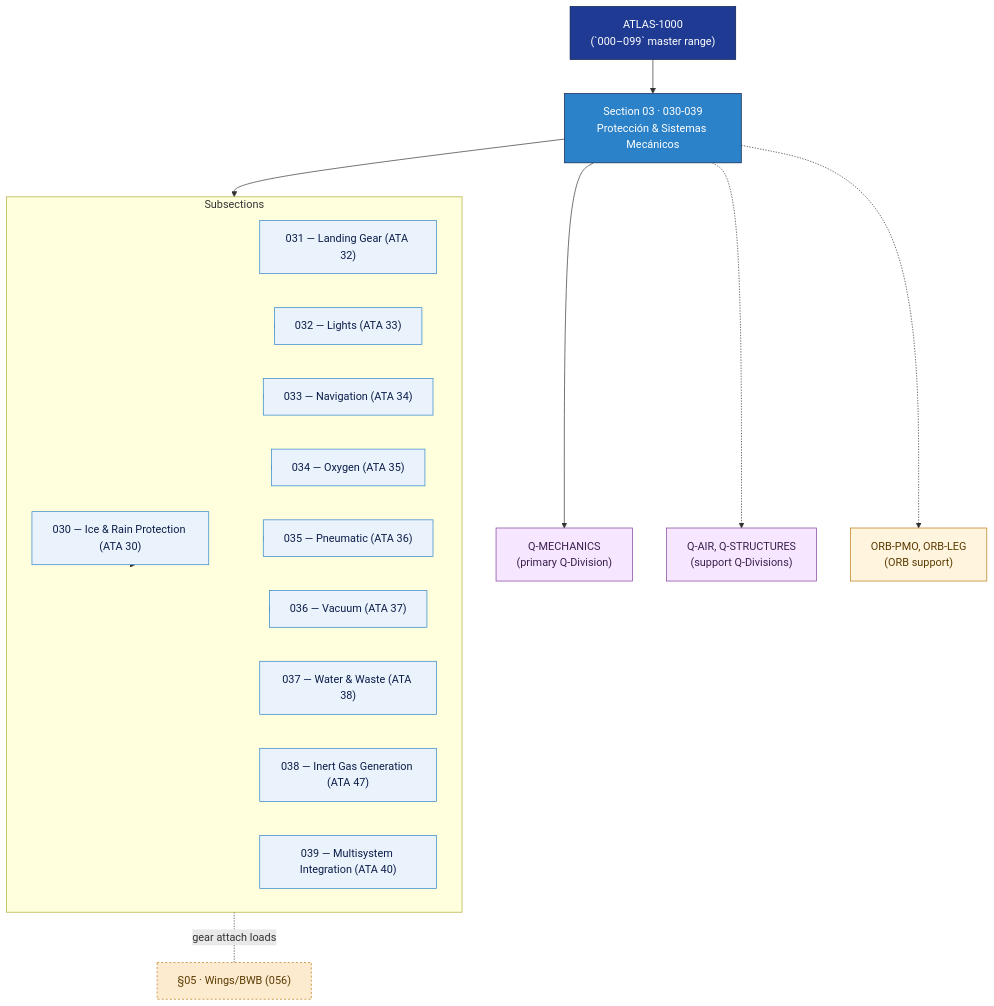
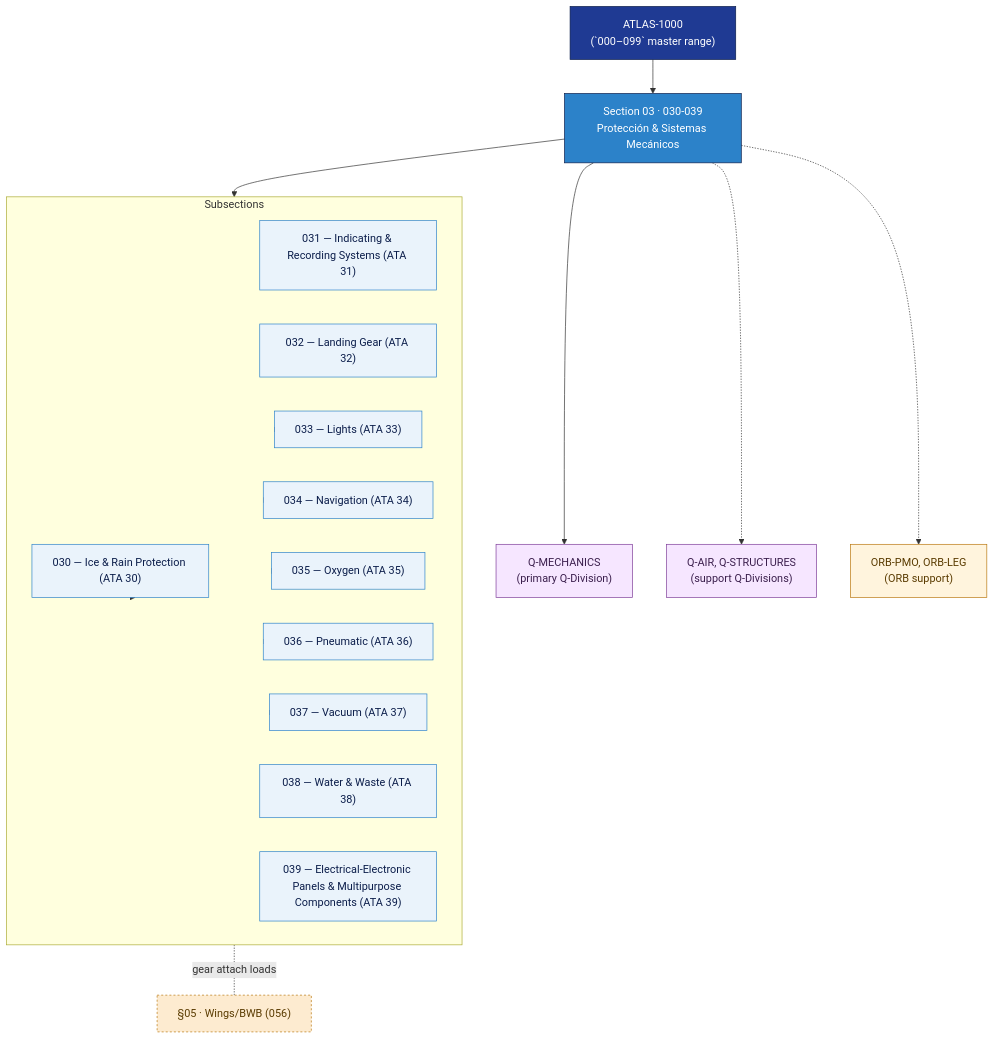
Before and after one commit to AmedeoPelliccia/Qplus-For-All-Queer-People-and-Quantum: the diagram in Q+ATLANTIDE/000-099_ATLAS/030-039_Proteccion-y-Sistemas-Mecanicos/README.md, drawn with Mermaid. The commit also changed other lines of this file and 9 other files, not shown here.

````diff
--- a/Q+ATLANTIDE/000-099_ATLAS/030-039_Proteccion-y-Sistemas-Mecanicos/README.md
+++ b/Q+ATLANTIDE/000-099_ATLAS/030-039_Proteccion-y-Sistemas-Mecanicos/README.md
@@ -55,49 +55,49 @@
 ```mermaid
 flowchart TB
     PARENT["ATLAS-1000<br/>(`000–099` master range)"]:::parent
     SEC["Section 03 · 030-039<br/>Protección & Sistemas Mecánicos"]:::sec
     PARENT --> SEC
 
     subgraph SUBS["Subsections"]
         direction LR
         SUB_030["030 — Ice & Rain Protection (ATA 30)"]:::sub
-        SUB_031["031 — Landing Gear (ATA 32)"]:::sub
-        SUB_032["032 — Lights (ATA 33)"]:::sub
-        SUB_033["033 — Navigation (ATA 34)"]:::sub
-        SUB_034["034 — Oxygen (ATA 35)"]:::sub
-        SUB_035["035 — Pneumatic (ATA 36)"]:::sub
-        SUB_036["036 — Vacuum (ATA 37)"]:::sub
-        SUB_037["037 — Water & Waste (ATA 38)"]:::sub
-        SUB_038["038 — Inert Gas Generation (ATA 47)"]:::sub
-        SUB_039["039 — Multisystem Integration (ATA 40)"]:::sub
+        SUB_031["031 — Indicating & Recording Systems (ATA 31)"]:::sub
+        SUB_032["032 — Landing Gear (ATA 32)"]:::sub
+        SUB_033["033 — Lights (ATA 33)"]:::sub
+        SUB_034["034 — Navigation (ATA 34)"]:::sub
+        SUB_035["035 — Oxygen (ATA 35)"]:::sub
+        SUB_036["036 — Pneumatic (ATA 36)"]:::sub
+        SUB_037["037 — Vacuum (ATA 37)"]:::sub
+        SUB_038["038 — Water & Waste (ATA 38)"]:::sub
+        SUB_039["039 — Electrical-Electronic Panels & Multipurpose Components (ATA 39)"]:::sub
     end
     SEC --> SUBS
 
     QPRIM["Q-MECHANICS<br/>(primary Q-Division)"]:::qdiv
     QSUPP["Q-AIR, Q-STRUCTURES<br/>(support Q-Divisions)"]:::qdiv
     ORB["ORB-PMO, ORB-LEG<br/>(ORB support)"]:::orb
 
     SEC --> QPRIM
     SEC -.-> QSUPP
     SEC -.-> ORB
 
     SUBS --> SUB_030
     SUBS --> SUB_031
     SUBS --> SUB_032
     SUBS --> SUB_033
     SUBS --> SUB_034
     SUBS --> SUB_035
     SUBS --> SUB_036
     SUBS --> SUB_037
     SUBS --> SUB_038
     SUBS --> SUB_039
     EXT_S05["§05 · Wings/BWB (056)"]:::ext
-    SUB_031 -. "gear attach loads" .- EXT_S05
+    SUB_032 -. "gear attach loads" .- EXT_S05
 
     classDef parent fill:#1f3a93,stroke:#0b1d4a,color:#fff
     classDef sec fill:#2c82c9,stroke:#0b1d4a,color:#fff
     classDef sub fill:#eaf3fb,stroke:#2c82c9,color:#0b1d4a
     classDef qdiv fill:#f6e6ff,stroke:#7d3c98,color:#3b1f4d
     classDef orb fill:#fff4dd,stroke:#b9770e,color:#5a3b00
     classDef ext fill:#fdebd0,stroke:#b9770e,color:#5a3b00,stroke-dasharray:3 3
 ```
````
